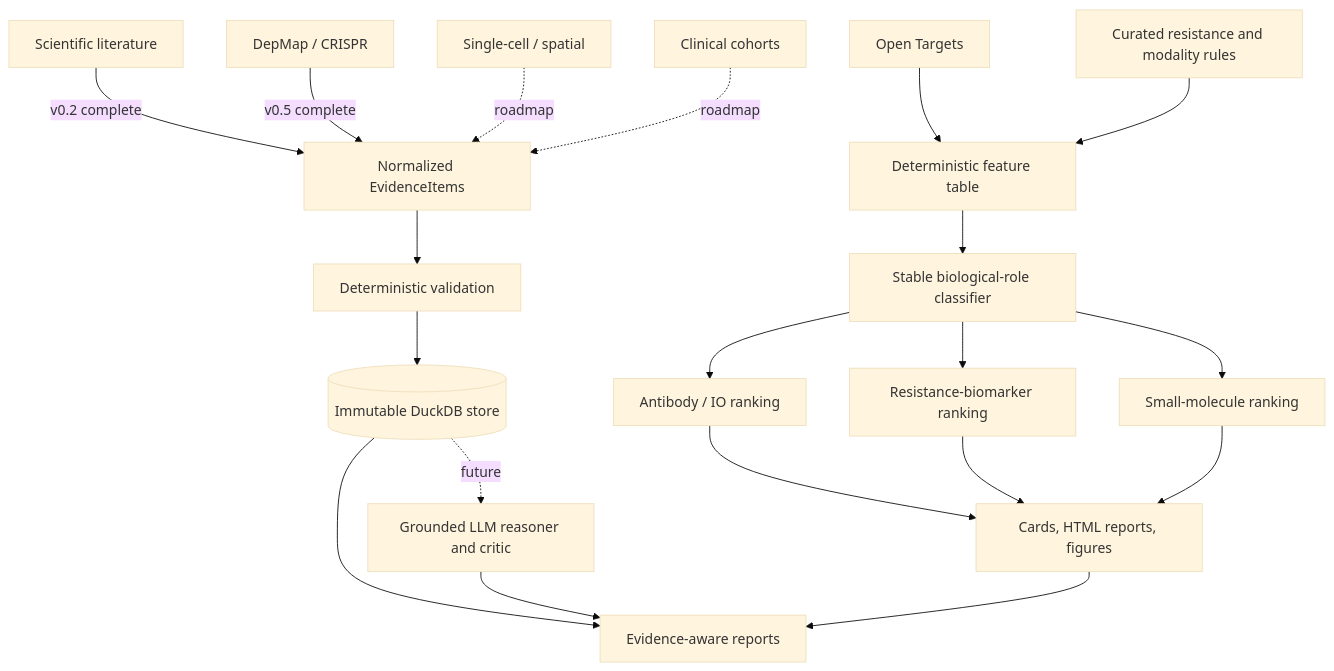
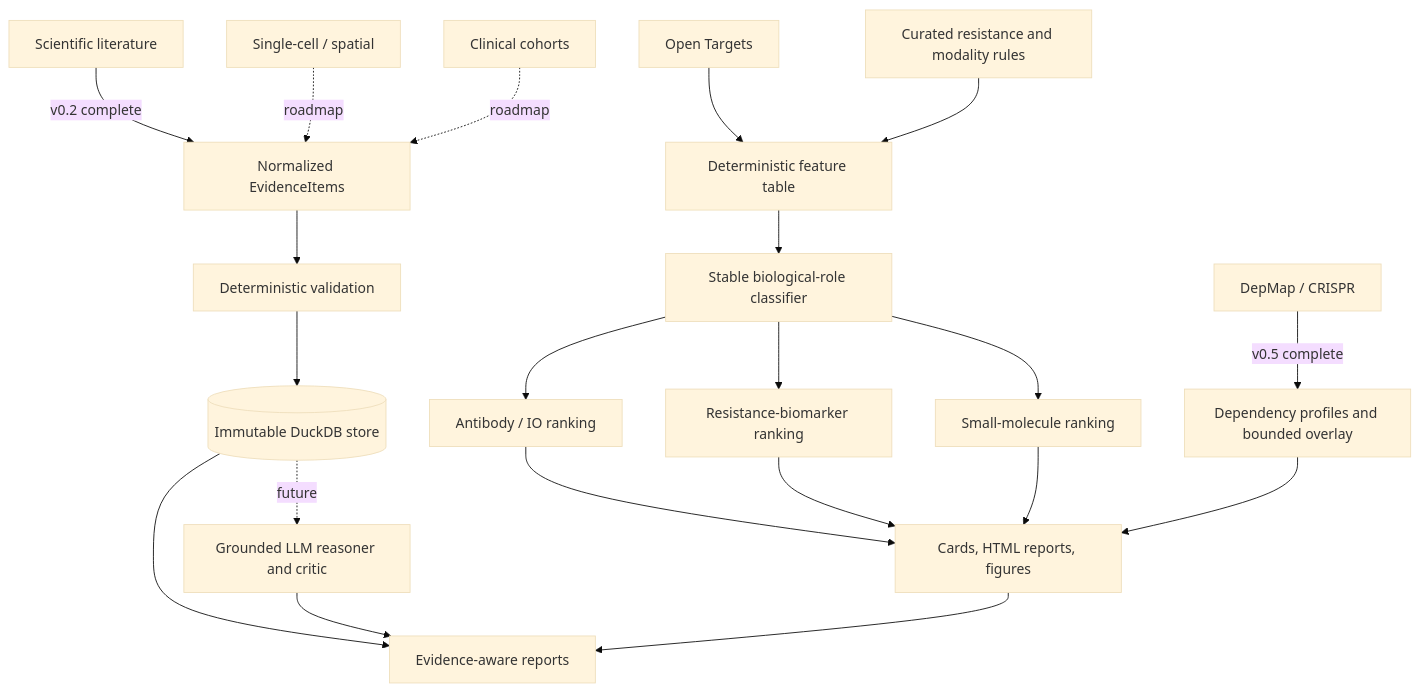
Before and after one commit to rsolerortuno/targetintel: the first of 2 diagrams in README.md, drawn with Mermaid (base theme). The commit also changed other lines of this file, not shown here.

Commit message:
Update README for completed DepMap release closure

````diff
--- a/README.md
+++ b/README.md
@@ -65,23 +65,23 @@
 ```mermaid
 flowchart TD
     OT[Open Targets] --> FT[Deterministic feature table]
     CFG[Curated resistance and modality rules] --> FT
     FT --> RC[Stable biological-role classifier]
     RC --> R1[Antibody / IO ranking]
     RC --> R2[Resistance-biomarker ranking]
     RC --> R3[Small-molecule ranking]
     R1 --> REP[Cards, HTML reports, figures]
     R2 --> REP
     R3 --> REP
 
     LIT[Scientific literature] -->|v0.2 complete| EI[Normalized EvidenceItems]
-    DEP[DepMap / CRISPR] -->|v0.5 complete| EI
+    DEP[DepMap / CRISPR] -->|v0.5 complete| FD[Dependency profiles and bounded overlay] --> REP
     SC[Single-cell / spatial] -. roadmap .-> EI
     CLIN[Clinical cohorts] -. roadmap .-> EI
     EI --> VAL[Deterministic validation]
     VAL --> DB[(Immutable DuckDB store)]
     DB --> EVR[Evidence-aware reports]
     DB -. future .-> LLM[Grounded LLM reasoner and critic]
     LLM --> EVR
     REP --> EVR
 ```
````
